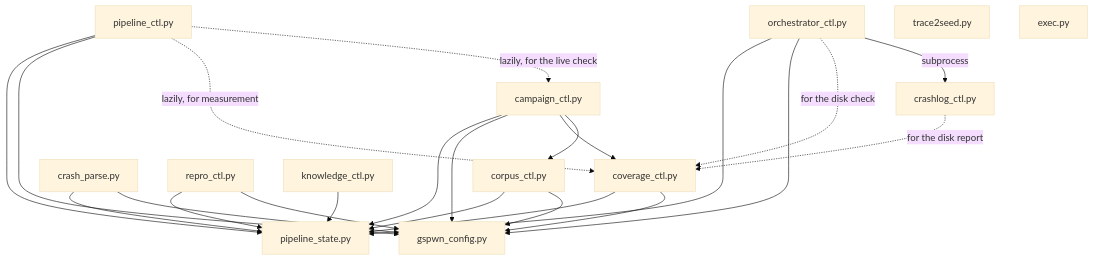
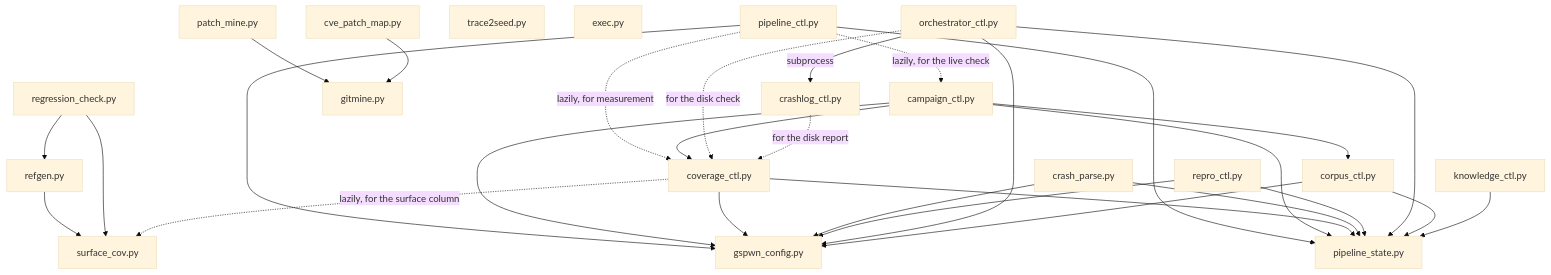
The diagram in docs/src/content/docs/architecture/components/index.md (Indspl0it/gspwn), drawn with Mermaid (base theme) before and after one commit. The commit also changed other lines of this file and 247 other files, not shown here.

````diff
--- a/docs/src/content/docs/architecture/components/index.md
+++ b/docs/src/content/docs/architecture/components/index.md
@@ -68,39 +75,49 @@
 ```mermaid
 flowchart TB
   CFG["gspwn_config.py"]
   PS["pipeline_state.py"]
 
   PC["pipeline_ctl.py"] --> PS
   PC --> CFG
   PC -.->|"lazily, for measurement"| CC
   PC -.->|"lazily, for the live check"| CAM
 
   CAM["campaign_ctl.py"] --> PS
   CAM --> CFG
   CAM --> CC["coverage_ctl.py"]
   CAM --> CO["corpus_ctl.py"]
 
   CC --> PS
   CC --> CFG
 
   CP["crash_parse.py"] --> PS
   CP --> CFG
 
   RC["repro_ctl.py"] --> PS
   RC --> CFG
 
   OC["orchestrator_ctl.py"] --> PS
   OC --> CFG
   OC -.->|"for the disk check"| CC
   OC -->|"subprocess"| CL["crashlog_ctl.py"]
 
   CO --> PS
   CO --> CFG
 
   KC["knowledge_ctl.py"] --> PS
 
   CL -.->|"for the disk report"| CC
 
   TS["trace2seed.py"]
   EX["exec.py"]
+
+  GM["gitmine.py"]
+  PM["patch_mine.py"] --> GM
+  CPM["cve_patch_map.py"] --> GM
+
+  SC["surface_cov.py"]
+  RG["refgen.py"] --> SC
+  RCH["regression_check.py"] --> SC
+  RCH --> RG
+  CC -.->|"lazily, for the surface column"| SC
 ```
````
